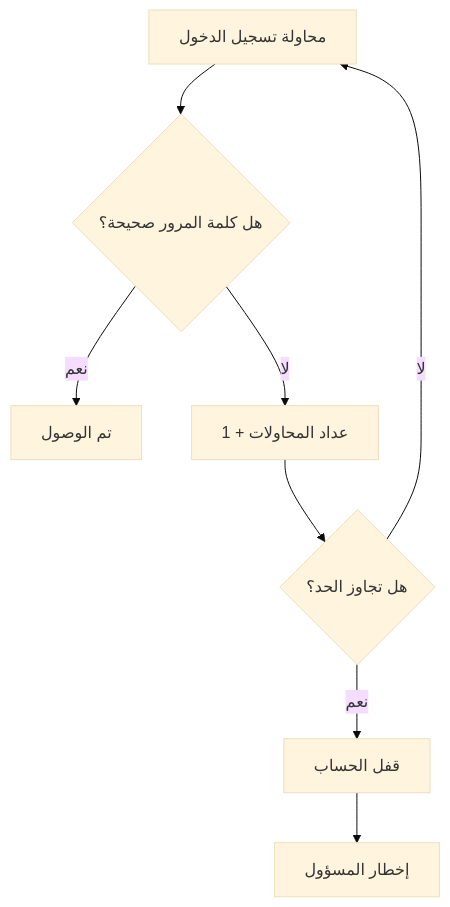
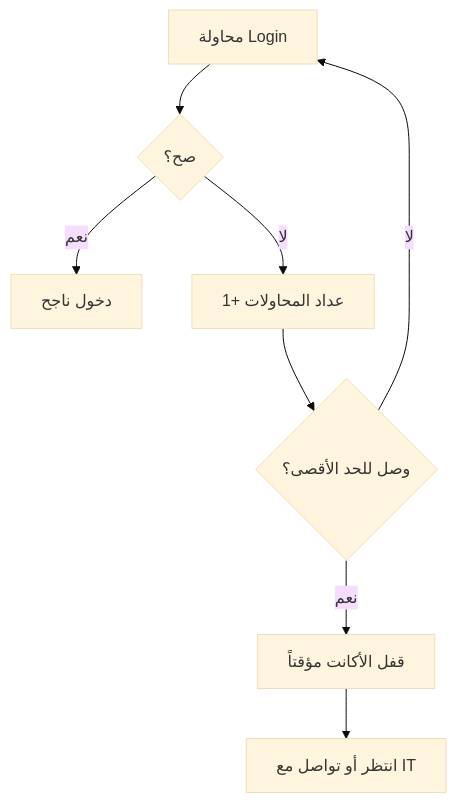
Before and after one commit to ammaryasser28/Introduction-To-Cyber-Security: the tenth of 13 diagrams in CIA, AAA & PPT.md, drawn with Mermaid (base theme). The commit also changed other lines of this file, not shown here.

````diff
--- a/CIA, AAA & PPT.md
+++ b/CIA, AAA & PPT.md
@@ -430,11 +357,10 @@
 ```mermaid
-graph TD
-    Attempt[محاولة تسجيل الدخول]
-    Attempt --> Check{هل كلمة المرور صحيحة؟}
-    Check -->|نعم| Access[تم الوصول]
-    Check -->|لا| Counter[عداد المحاولات + 1]
-    Counter --> Limit{هل تجاوز الحد؟}
-    Limit -->|لا| Attempt
-    Limit -->|نعم| Lockout[قفل الحساب]
-    Lockout --> Admin[إخطار المسؤول]
+flowchart TD
+    Login[محاولة Login] --> Check{صح؟}
+    Check -->|نعم| Access[دخول ناجح]
+    Check -->|لا| Counter[عداد المحاولات +1]
+    Counter --> Limit{وصل للحد الأقصى؟}
+    Limit -->|لا| Login
+    Limit -->|نعم| Lockout[قفل الأكانت مؤقتاً]
+    Lockout --> Wait[انتظر أو تواصل مع IT]
 ```
````
